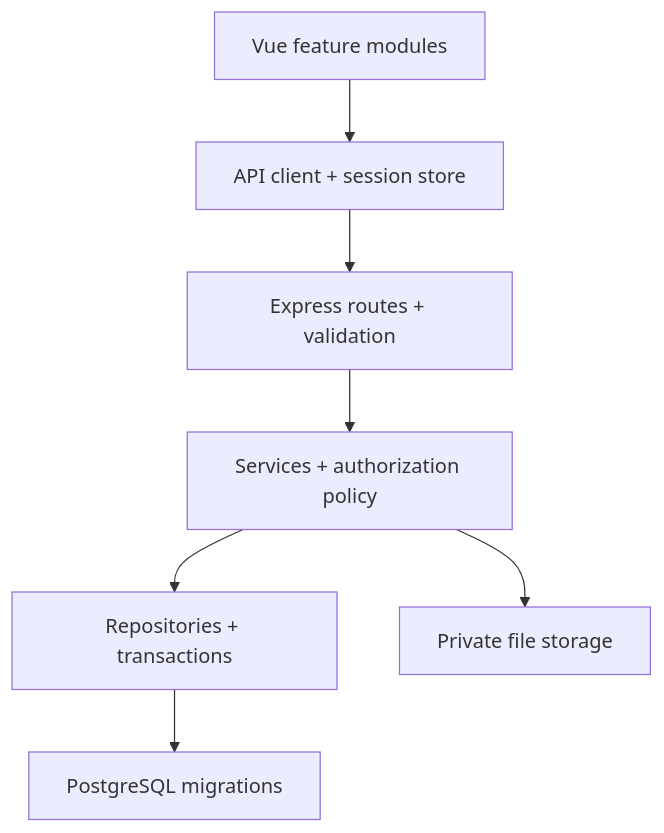
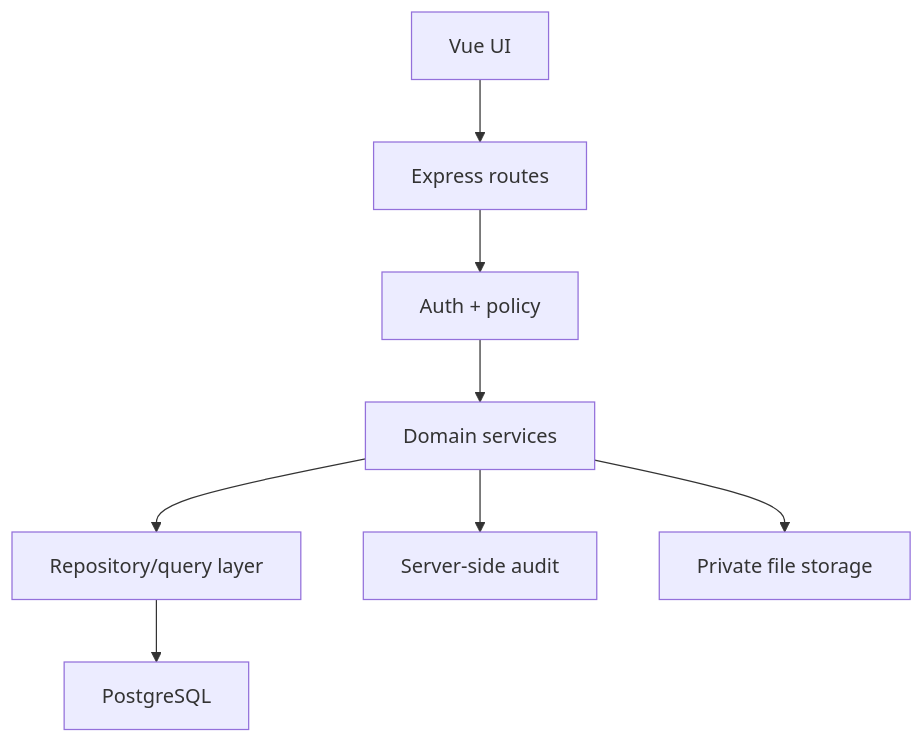
The diagram in Plan.md (muhhlmy/it-monitoring-assets), drawn with Mermaid before and after one commit. The commit also changed other lines of this file and 21 other files, not shown here.

````diff
--- a/Plan.md
+++ b/Plan.md
@@ -72,9 +357,10 @@
 ```mermaid
 flowchart TD
-  UI["Vue feature modules"] --> Client["API client + session store"]
-  Client --> Routes["Express routes + validation"]
-  Routes --> Policy["Services + authorization policy"]
-  Policy --> Repo["Repositories + transactions"]
-  Repo --> DB["PostgreSQL migrations"]
-  Policy --> Files["Private file storage"]
+    UI["Vue UI"] --> API["Express routes"]
+    API --> AUTH["Auth + policy"]
+    AUTH --> SVC["Domain services"]
+    SVC --> REPO["Repository/query layer"]
+    REPO --> DB["PostgreSQL"]
+    SVC --> AUDIT["Server-side audit"]
+    SVC --> FILES["Private file storage"]
 ```
````
